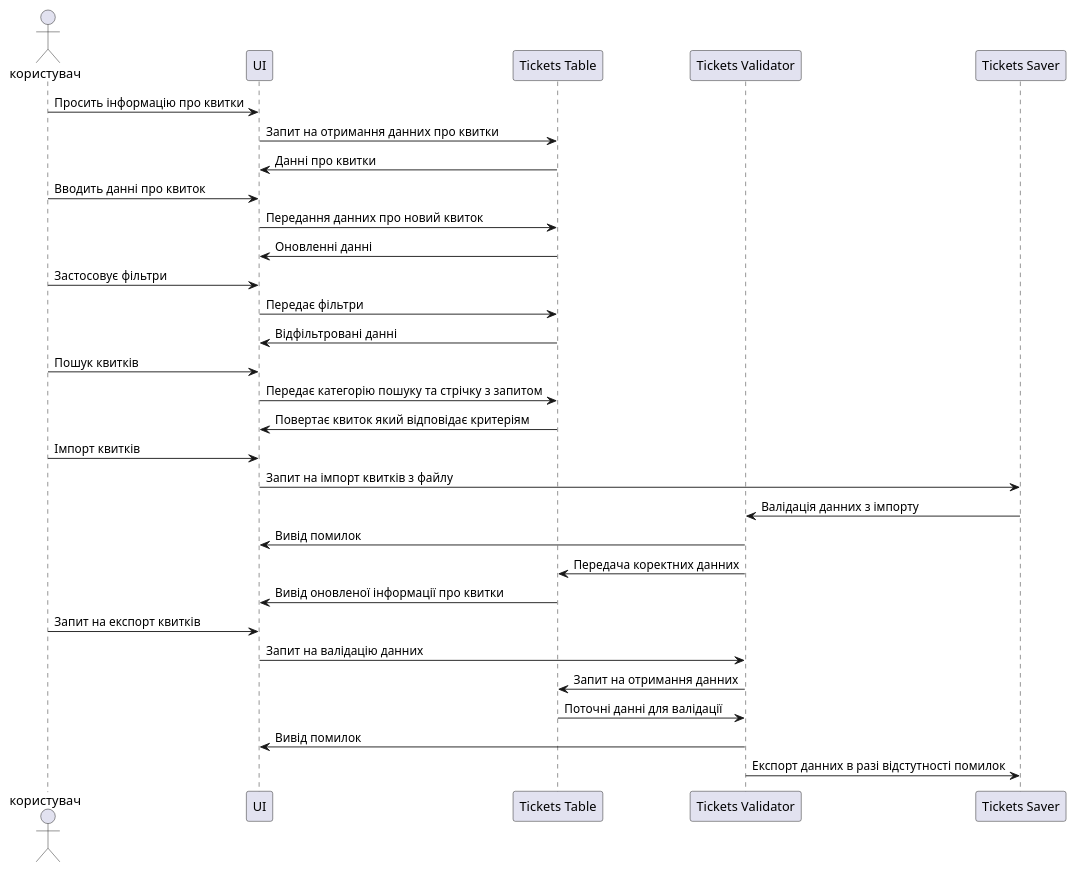
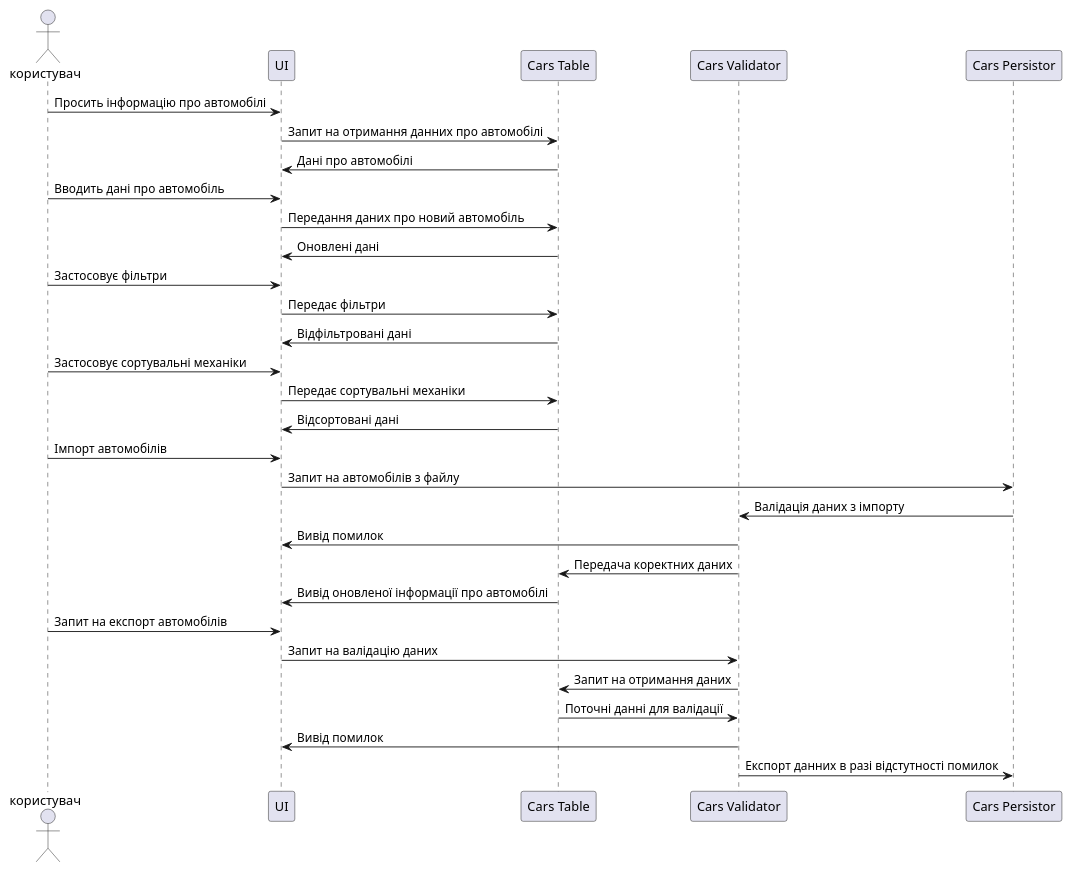
The diagram in 2022/object_oriented_programming/diagrams/sequence_diagram.md (sinnrrr/nulp-labs), drawn with PlantUML before and after one commit. The commit also changed 10 other files, not shown here.

````diff
--- a/2022/object_oriented_programming/diagrams/sequence_diagram.md
+++ b/2022/object_oriented_programming/diagrams/sequence_diagram.md
@@ -3,41 +3,40 @@
 ```plantuml
 @startuml
 actor       користувач   as A
 participant UI
-participant "Tickets Table" as T
-participant "Tickets Validator" as V
-participant "Tickets Saver" as S
+participant "Cars Table" as T
+participant "Cars Validator" as V
+participant "Cars Persistor" as S
 
-A -> UI : Просить інформацію про квитки
-UI -> T : Запит на отримання данних про квитки
-T -> UI : Данні про квитки
+A -> UI : Просить інформацію про автомобілі
+UI -> T : Запит на отримання данних про автомобілі
+T -> UI : Дані про автомобілі
 
-A -> UI : Вводить данні про квиток
-UI -> T : Передання данних про новий квиток
-T -> UI : Оновленні данні
+A -> UI : Вводить дані про автомобіль
+UI -> T : Передання даних про новий автомобіль
+T -> UI : Оновлені дані
 
 A -> UI : Застосовує фільтри
 UI -> T : Передає фільтри
-T -> UI : Відфільтровані данні
+T -> UI : Відфільтровані дані
 
-A -> UI : Пошук квитків
-UI -> T : Передає категорію пошуку та стрічку з запитом
-T -> UI : Повертає квиток який відповідає критеріям
+A -> UI : Застосовує сортувальні механіки
+UI -> T : Передає сортувальні механіки
+T -> UI : Відсортовані дані
 
-A -> UI : Імпорт квитків
-UI -> S : Запит на імпорт квитків з файлу
-S -> V : Валідація данних з імпорту
+A -> UI : Імпорт автомобілів
+UI -> S : Запит на автомобілів з файлу
+S -> V : Валідація даних з імпорту
 V -> UI : Вивід помилок
-V -> T : Передача коректних данних
-T -> UI : Вивід оновленої інформації про квитки
+V -> T : Передача коректних даних
+T -> UI : Вивід оновленої інформації про автомобілі
 
-A -> UI : Запит на експорт квитків
-UI -> V : Запит на валідацію данних
-V -> T : Запит на отримання данних
+A -> UI : Запит на експорт автомобілів
+UI -> V : Запит на валідацію даних
+V -> T : Запит на отримання даних
 T -> V : Поточні данні для валідації
 V -> UI : Вивід помилок
 V -> S : Експорт данних в разі відстутності помилок
 
-
 @enduml
 ```
````
